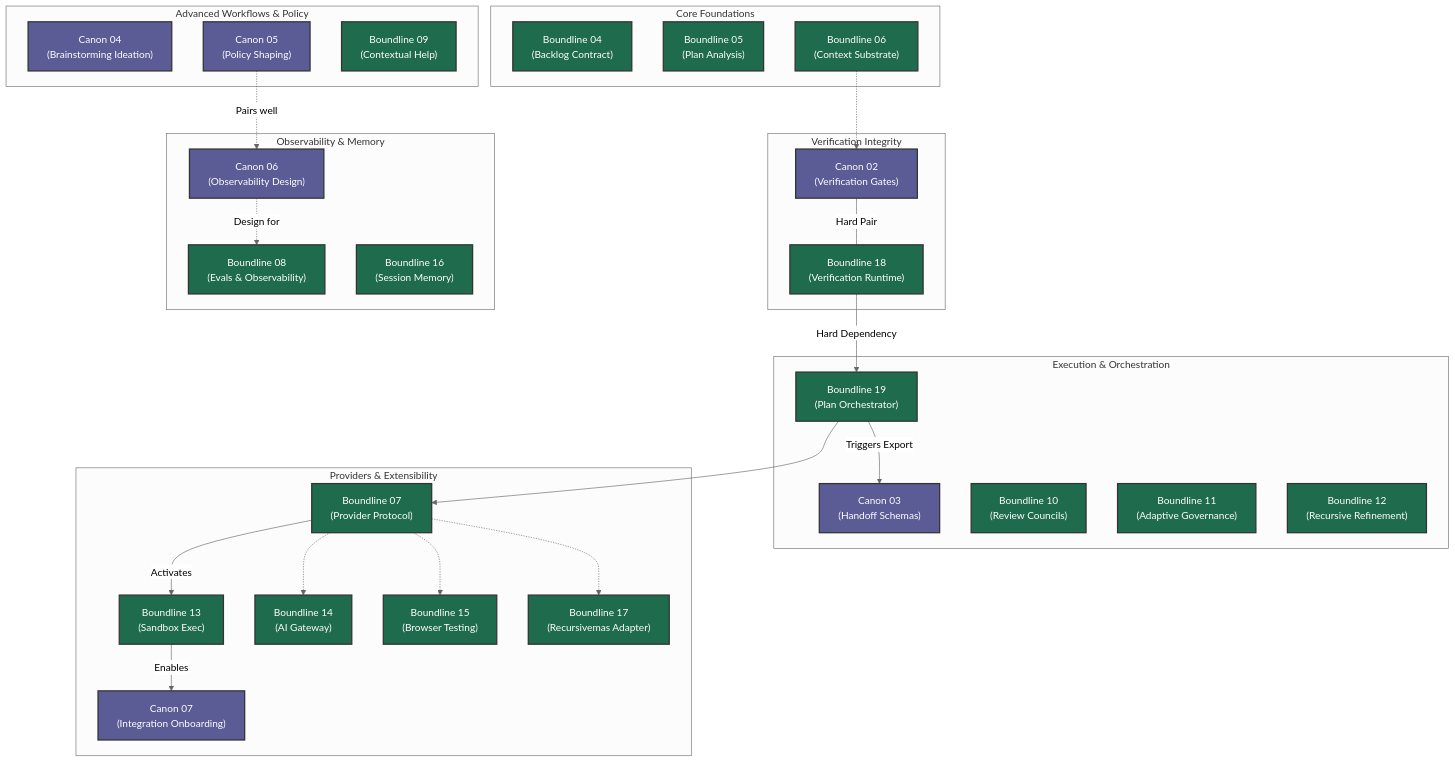
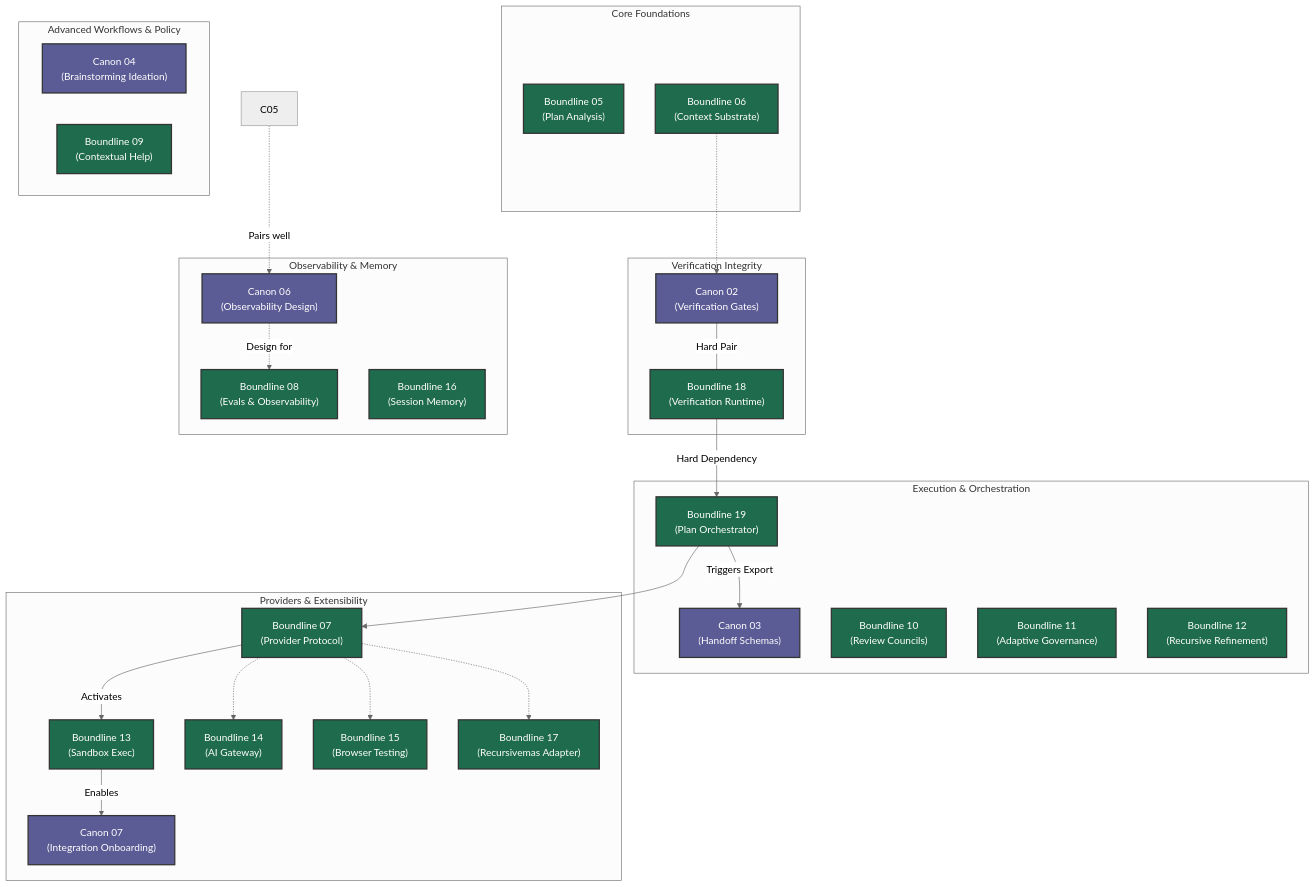
Before and after one commit to apply-the/canon: the diagram in roadmap/joint-roadmap-graph.md, drawn with Mermaid (neutral theme). The commit also changed 41 other files, not shown here.

Commit message:
feat(engine): implement policy-shaping mode and artifacts

````diff
--- a/roadmap/joint-roadmap-graph.md
+++ b/roadmap/joint-roadmap-graph.md
@@ -7,62 +7,60 @@
 ```mermaid
 flowchart TD
     %% Styling
     classDef canon fill:#5b5b95,stroke:#333,stroke-width:2px,color:#fff
     classDef boundline fill:#1f6b4e,stroke:#333,stroke-width:2px,color:#fff
 
     subgraph Core Foundations
-        B04["Boundline 04<br/>(Backlog Contract)"]:::boundline
         B05["Boundline 05<br/>(Plan Analysis)"]:::boundline
         B06["Boundline 06<br/>(Context Substrate)"]:::boundline
     end
 
     subgraph Verification Integrity
         C02["Canon 02<br/>(Verification Gates)"]:::canon
         B18["Boundline 18<br/>(Verification Runtime)"]:::boundline
     end
 
     subgraph Execution & Orchestration
         B19["Boundline 19<br/>(Plan Orchestrator)"]:::boundline
         C03["Canon 03<br/>(Handoff Schemas)"]:::canon
         B10["Boundline 10<br/>(Review Councils)"]:::boundline
         B11["Boundline 11<br/>(Adaptive Governance)"]:::boundline
         B12["Boundline 12<br/>(Recursive Refinement)"]:::boundline
     end
 
     subgraph Providers & Extensibility
         B07["Boundline 07<br/>(Provider Protocol)"]:::boundline
         B13["Boundline 13<br/>(Sandbox Exec)"]:::boundline
         C07["Canon 07<br/>(Integration Onboarding)"]:::canon
         B14["Boundline 14<br/>(AI Gateway)"]:::boundline
         B15["Boundline 15<br/>(Browser Testing)"]:::boundline
         B17["Boundline 17<br/>(Recursivemas Adapter)"]:::boundline
     end
 
     subgraph Observability & Memory
         C06["Canon 06<br/>(Observability Design)"]:::canon
         B08["Boundline 08<br/>(Evals & Observability)"]:::boundline
         B16["Boundline 16<br/>(Session Memory)"]:::boundline
     end
 
     subgraph Advanced Workflows & Policy
         C04["Canon 04<br/>(Brainstorming Ideation)"]:::canon
-        C05["Canon 05<br/>(Policy Shaping)"]:::canon
         B09["Boundline 09<br/>(Contextual Help)"]:::boundline
     end
 
     %% Key Dependencies
     B06 -.-> C02
     C02 ---|Hard Pair| B18
     B18 -->|Hard Dependency| B19
     B19 -->|Triggers Export| C03
     B19 --> B07
     B07 -->|Activates| B13
     B13 -->|Enables| C07
     
     B07 -.-> B14
     B07 -.-> B15
     B07 -.-> B17
     
     C06 -.->|Design for| B08
     C05 -.->|Pairs well| C06
 ```
````
